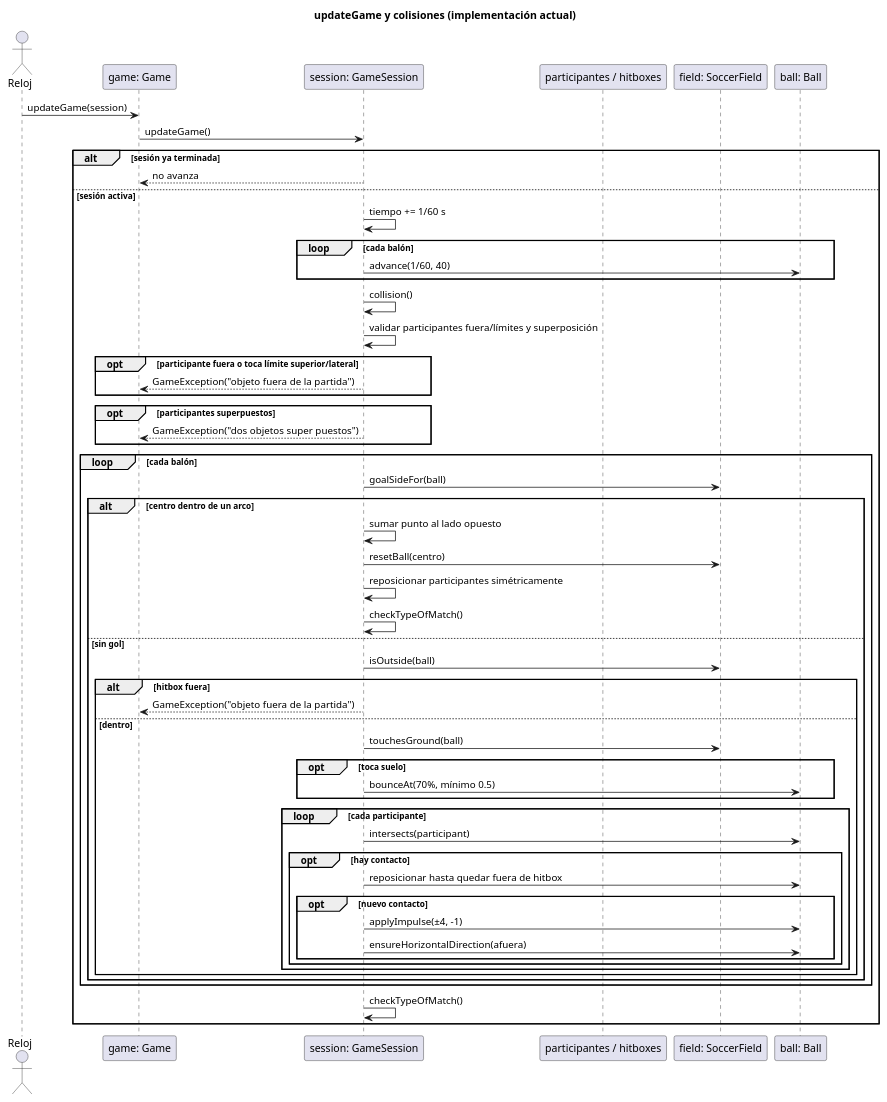
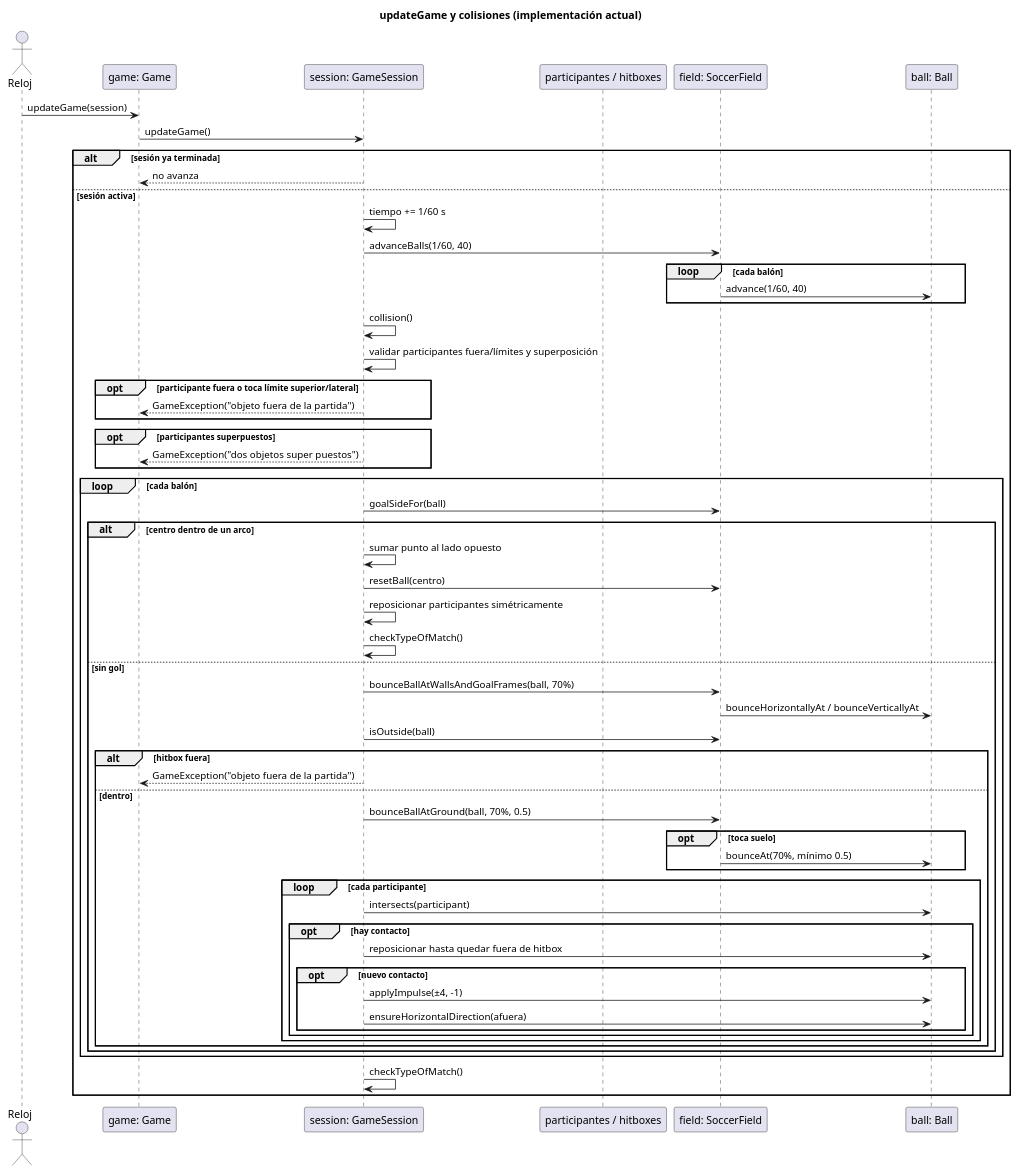
One commit to PaglkG/ProyectoFinal-Dopo changed the eighth of 8 diagrams in docs/uml/domain-sequences.puml. Above: the diagram before and after it, drawn with PlantUML. The commit also changed 43 other files, not shown here.

Commit message:
ajuste de responsabilidades con ball y ajustando los cambios en los diagrama de clase para la entrega

```diff
--- a/docs/uml/domain-sequences.puml
+++ b/docs/uml/domain-sequences.puml
@@ -126,57 +126,60 @@
 @startuml
 title updateGame y colisiones (implementación actual)
 actor Reloj
 participant "game: Game" as G
 participant "session: GameSession" as S
 participant "participantes / hitboxes" as P
 participant "field: SoccerField" as F
 participant "ball: Ball" as B
 Reloj -> G: updateGame(session)
 G -> S: updateGame()
 alt sesión ya terminada
   S --> G: no avanza
 else sesión activa
   S -> S: tiempo += 1/60 s
+  S -> F: advanceBalls(1/60, 40)
   loop cada balón
-    S -> B: advance(1/60, 40)
+    F -> B: advance(1/60, 40)
   end
   S -> S: collision()
   S -> S: validar participantes fuera/límites y superposición
   opt participante fuera o toca límite superior/lateral
     S --> G: GameException("objeto fuera de la partida")
   end
   opt participantes superpuestos
     S --> G: GameException("dos objetos super puestos")
   end
   loop cada balón
     S -> F: goalSideFor(ball)
     alt centro dentro de un arco
       S -> S: sumar punto al lado opuesto
       S -> F: resetBall(centro)
       S -> S: reposicionar participantes simétricamente
       S -> S: checkTypeOfMatch()
     else sin gol
+      S -> F: bounceBallAtWallsAndGoalFrames(ball, 70%)
+      F -> B: bounceHorizontallyAt / bounceVerticallyAt
       S -> F: isOutside(ball)
       alt hitbox fuera
         S --> G: GameException("objeto fuera de la partida")
       else dentro
-        S -> F: touchesGround(ball)
+        S -> F: bounceBallAtGround(ball, 70%, 0.5)
         opt toca suelo
-          S -> B: bounceAt(70%, mínimo 0.5)
+          F -> B: bounceAt(70%, mínimo 0.5)
         end
         loop cada participante
           S -> B: intersects(participant)
           opt hay contacto
             S -> B: reposicionar hasta quedar fuera de hitbox
             opt nuevo contacto
               S -> B: applyImpulse(±4, -1)
               S -> B: ensureHorizontalDirection(afuera)
             end
           end
         end
       end
     end
   end
   S -> S: checkTypeOfMatch()
 end
 @enduml
```
